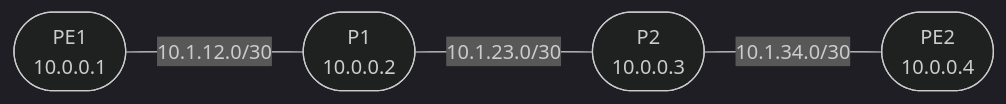
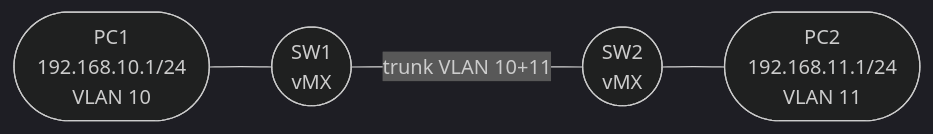
The diagram in docs/session3/index.md (DaveGirgis/NetworkSwitchLab-JUNOS), drawn with Mermaid (dark theme) before and after one commit. The commit also changed other lines of this file and 78 other files, not shown here.

````diff
--- a/docs/session3/index.md
+++ b/docs/session3/index.md
@@ -21,6 +21,6 @@
 ```mermaid
 graph LR
-  PE1([PE1<br/>10.0.0.1]) ---|"10.1.12.0/30"| P1([P1<br/>10.0.0.2])
-  P1 ---|"10.1.23.0/30"| P2([P2<br/>10.0.0.3])
-  P2 ---|"10.1.34.0/30"| PE2([PE2<br/>10.0.0.4])
+  PC1([PC1<br/>192.168.10.1/24<br/>VLAN 10]) --- SW1([SW1<br/>vMX])
+  SW1 ---|trunk VLAN 10+11| SW2([SW2<br/>vMX])
+  SW2 --- PC2([PC2<br/>192.168.11.1/24<br/>VLAN 11])
 ```
````
